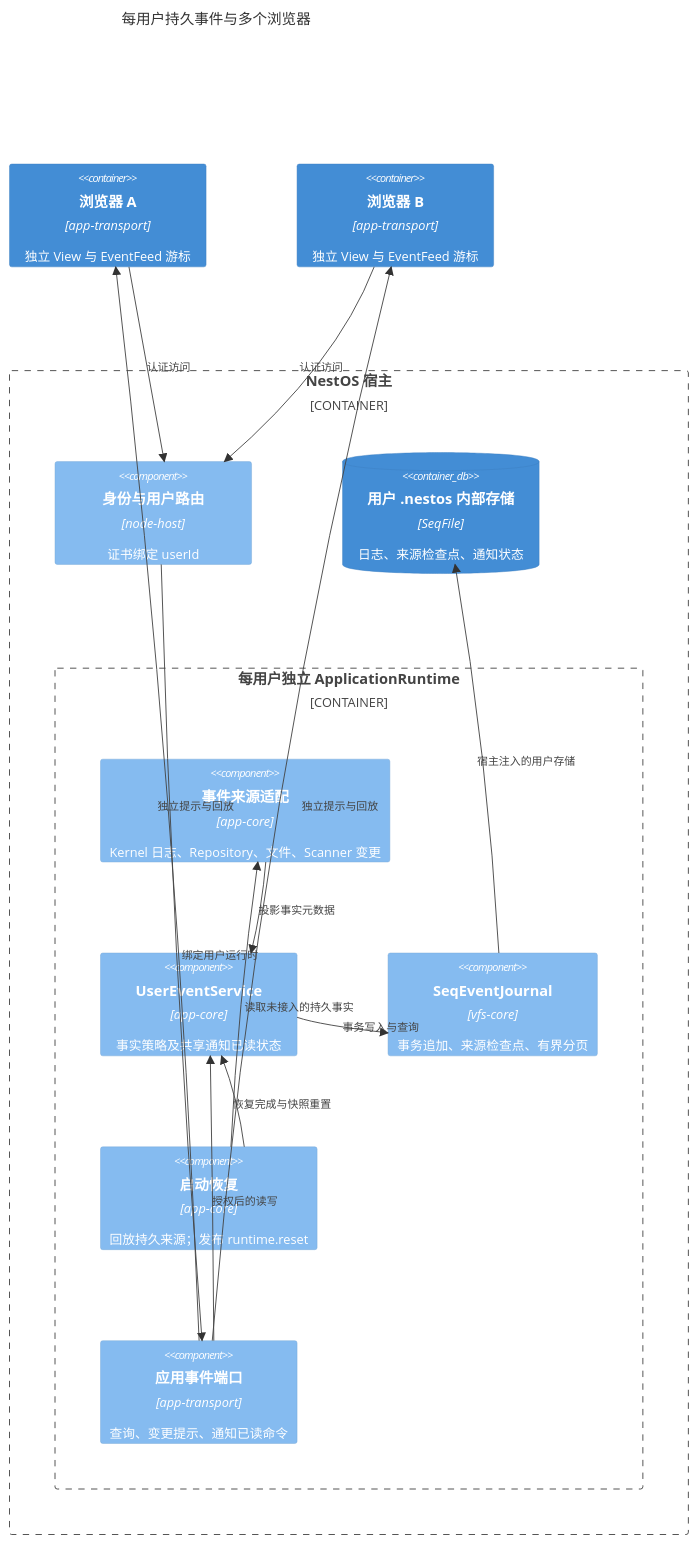
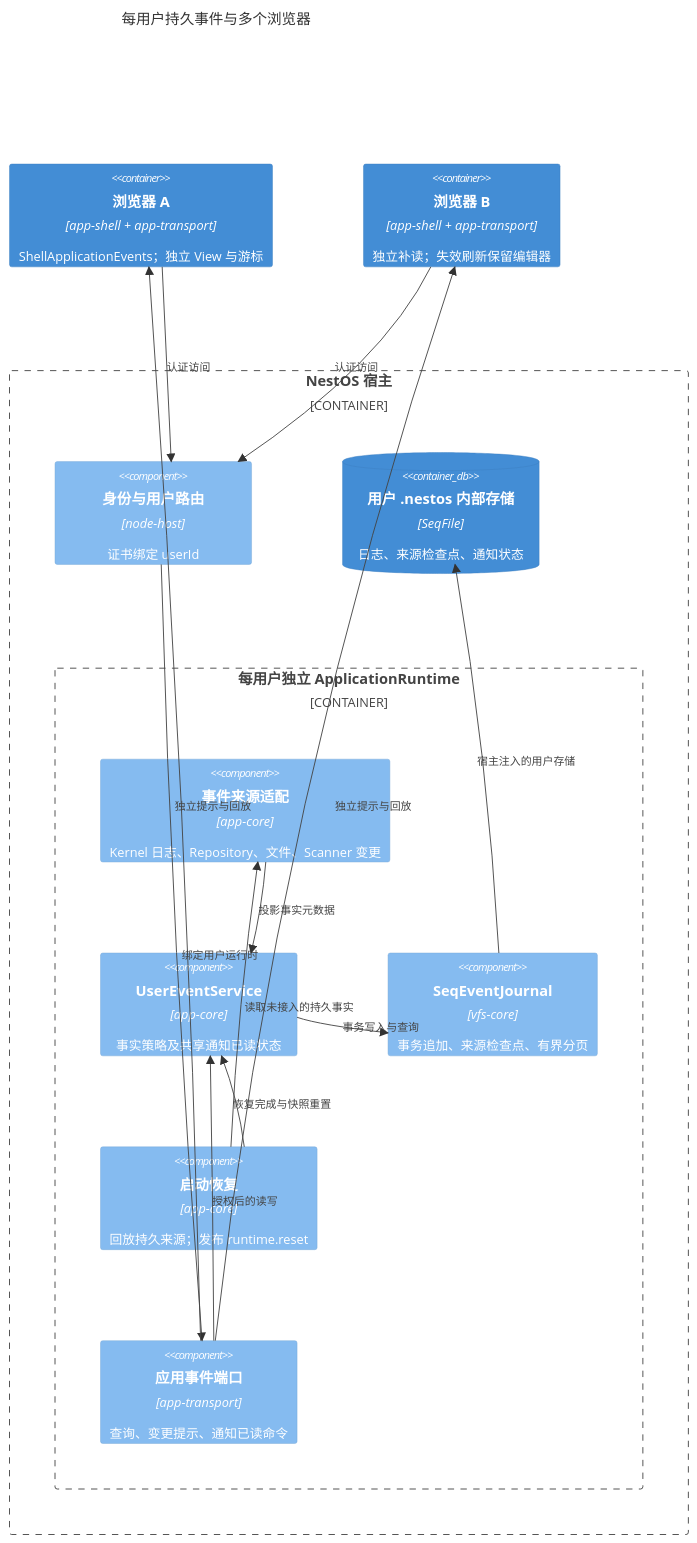
One commit to mushuanli/NestOS changed the diagram in doc/design/user-event-journal.md. Above: the diagram before and after it, drawn with Mermaid. The commit also changed other lines of this file and 203 other files, not shown here.

````diff
--- a/doc/design/user-event-journal.md
+++ b/doc/design/user-event-journal.md
@@ -13,28 +13,28 @@
 ```mermaid
 C4Component
 title 每用户持久事件与多个浏览器
-Container(browserA, "浏览器 A", "app-transport", "独立 View 与 EventFeed 游标")
-Container(browserB, "浏览器 B", "app-transport", "独立 View 与 EventFeed 游标")
+Container(browserA, "浏览器 A", "app-shell + app-transport", "ShellApplicationEvents；独立 View 与游标")
+Container(browserB, "浏览器 B", "app-shell + app-transport", "独立补读；失效刷新保留编辑器")
 Container_Boundary(host, "NestOS 宿主") {
   Component(auth, "身份与用户路由", "node-host", "证书绑定 userId")
   Container_Boundary(user, "每用户独立 ApplicationRuntime") {
     Component(source, "事件来源适配", "app-core", "Kernel 日志、Repository、文件、Scanner 变更")
     Component(service, "UserEventService", "app-core", "事实策略及共享通知已读状态")
     Component(journal, "SeqEventJournal", "vfs-core", "事务追加、来源检查点、有界分页")
     Component(recovery, "启动恢复", "app-core", "回放持久来源；发布 runtime.reset")
     Component(api, "应用事件端口", "app-transport", "查询、变更提示、通知已读命令")
   }
   ContainerDb(store, "用户 .nestos 内部存储", "SeqFile", "日志、来源检查点、通知状态")
 }
 Rel(browserA, auth, "认证访问")
 Rel(browserB, auth, "认证访问")
 Rel(auth, api, "绑定用户运行时")
 Rel(source, service, "投影事实元数据")
 Rel(service, journal, "事务写入与查询")
 Rel(journal, store, "宿主注入的用户存储")
 Rel(recovery, source, "读取未接入的持久事实")
 Rel(recovery, service, "恢复完成与快照重置")
 Rel(api, service, "授权后的读写")
 Rel(api, browserA, "独立提示与回放")
 Rel(api, browserB, "独立提示与回放")
 ```
````
